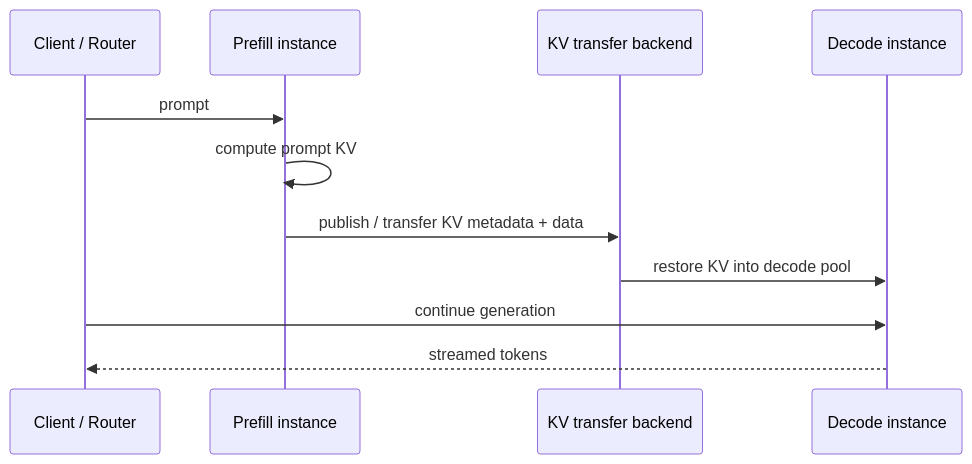
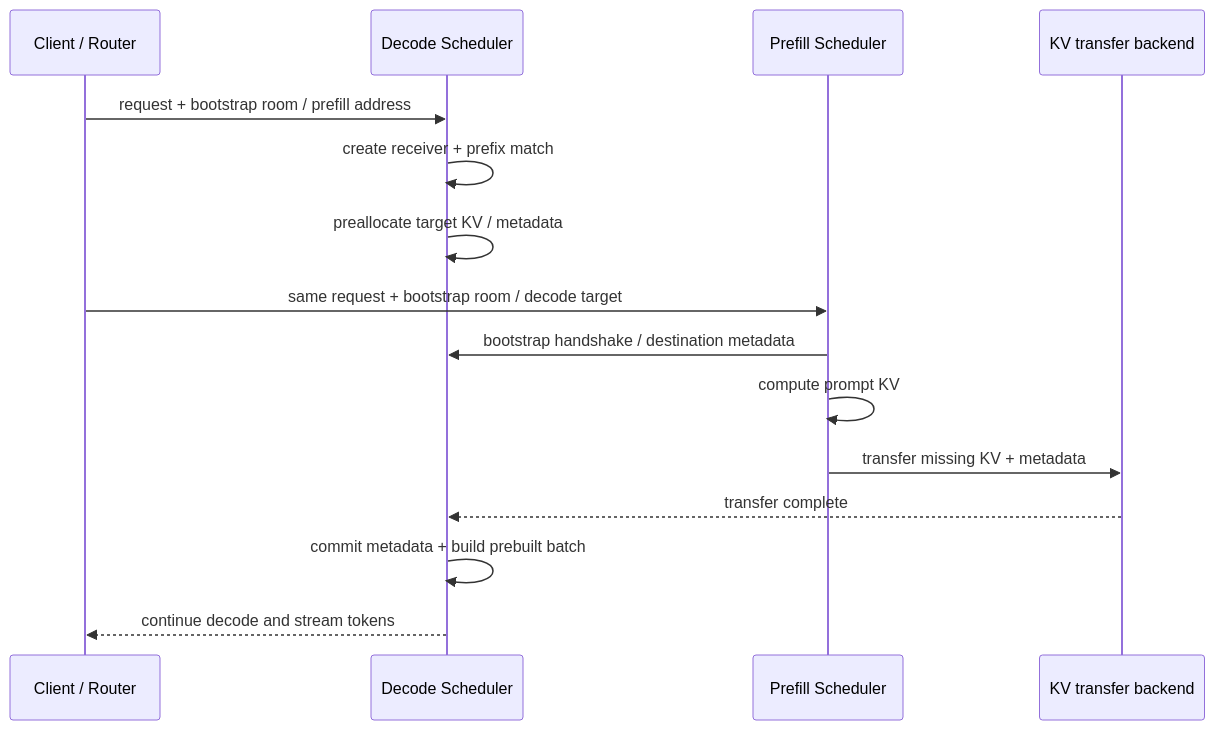
One commit to Cass998/losh_has_blog changed the fourth of 4 diagrams in learning-sites/llm-systems/sglang/advanced/distributed.md. Above: the diagram before and after it, drawn with Mermaid. The commit also changed other lines of this file and 106 other files, not shown here.

````diff
--- a/learning-sites/llm-systems/sglang/advanced/distributed.md
+++ b/learning-sites/llm-systems/sglang/advanced/distributed.md
@@ -138,13 +223,17 @@
 ```mermaid
 sequenceDiagram
-    participant C as Client / Router
-    participant P as Prefill instance
+    participant R as Client / Router
+    participant D as Decode Scheduler
+    participant P as Prefill Scheduler
     participant K as KV transfer backend
-    participant D as Decode instance
-    C->>P: prompt
+    R->>D: request + bootstrap room / prefill address
+    D->>D: create receiver + prefix match
+    D->>D: preallocate target KV / metadata
+    R->>P: same request + bootstrap room / decode target
+    P->>D: bootstrap handshake / destination metadata
     P->>P: compute prompt KV
-    P->>K: publish / transfer KV metadata + data
-    K->>D: restore KV into decode pool
-    C->>D: continue generation
-    D-->>C: streamed tokens
+    P->>K: transfer missing KV + metadata
+    K-->>D: transfer complete
+    D->>D: commit metadata + build prebuilt batch
+    D-->>R: continue decode and stream tokens
 ```
````
